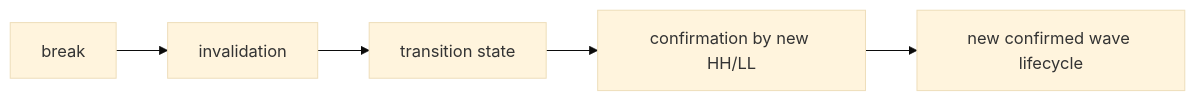
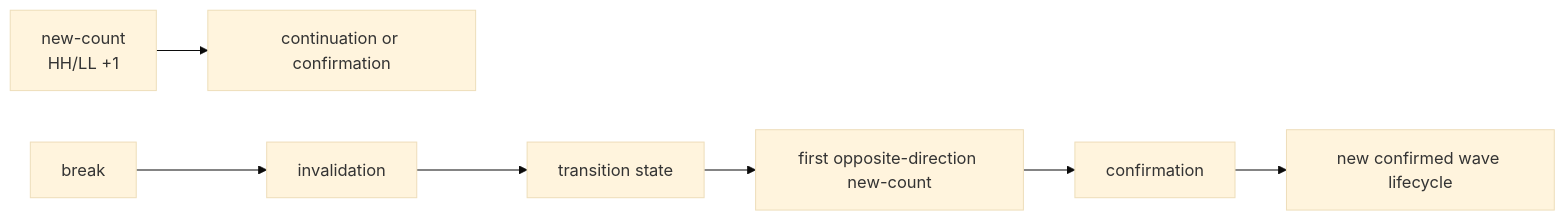
One commit to everything-is-simple/lifespan-0.01 changed the third of 3 diagrams in docs/03-execution/82-malf-break-invalidation-confirmation-contract-freeze-card-20260419.md. Above: the diagram before and after it, drawn with Mermaid (base theme). The commit also changed other lines of this file and 4 other files, not shown here.

````diff
--- a/docs/03-execution/82-malf-break-invalidation-confirmation-contract-freeze-card-20260419.md
+++ b/docs/03-execution/82-malf-break-invalidation-confirmation-contract-freeze-card-20260419.md
@@ -77,7 +86,9 @@
 ```mermaid
 flowchart LR
+    N["new-count\nHH/LL +1"] --> K["continuation or confirmation"]
     B["break"] --> I["invalidation"]
     I --> T["transition state"]
-    T --> C["confirmation by new HH/LL"]
+    T --> N2["first opposite-direction new-count"]
+    N2 --> C["confirmation"]
     C --> W["new confirmed wave lifecycle"]
 ```
````
